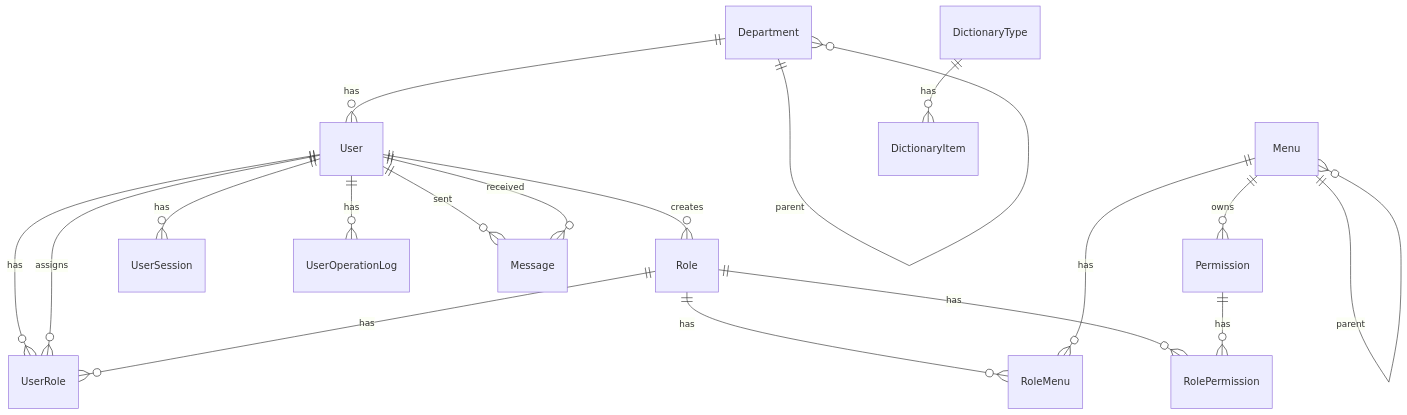
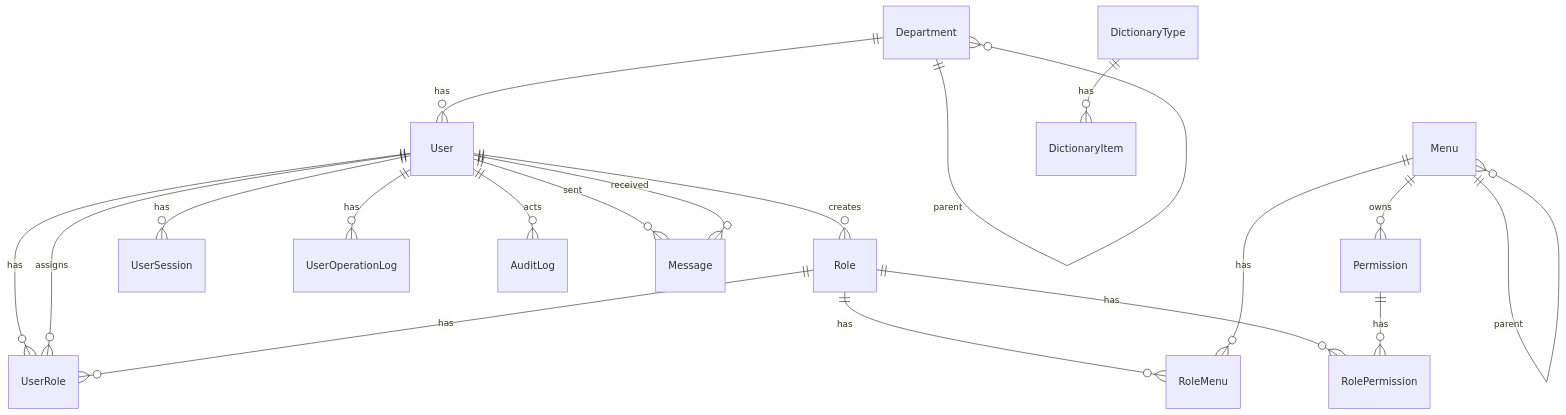
The diagram in docs/database/database-design.md (xzz2021/admin), drawn with Mermaid before and after one commit. The commit also changed other lines of this file and 48 other files, not shown here.

````diff
--- a/docs/database/database-design.md
+++ b/docs/database/database-design.md
@@ -7,20 +7,21 @@
 ```mermaid
 erDiagram
   User ||--o{ UserRole : has
   User ||--o{ Role : creates
   User ||--o{ UserRole : assigns
   Role ||--o{ UserRole : has
   Role ||--o{ RoleMenu : has
   Menu ||--o{ RoleMenu : has
   Role ||--o{ RolePermission : has
   Permission ||--o{ RolePermission : has
   Menu ||--o{ Permission : owns
   Menu ||--o{ Menu : parent
   Department ||--o{ Department : parent
   Department ||--o{ User : has
   DictionaryType ||--o{ DictionaryItem : has
   User ||--o{ UserSession : has
   User ||--o{ UserOperationLog : has
+  User ||--o{ AuditLog : acts
   User ||--o{ Message : sent
   User ||--o{ Message : received
 ```
````
